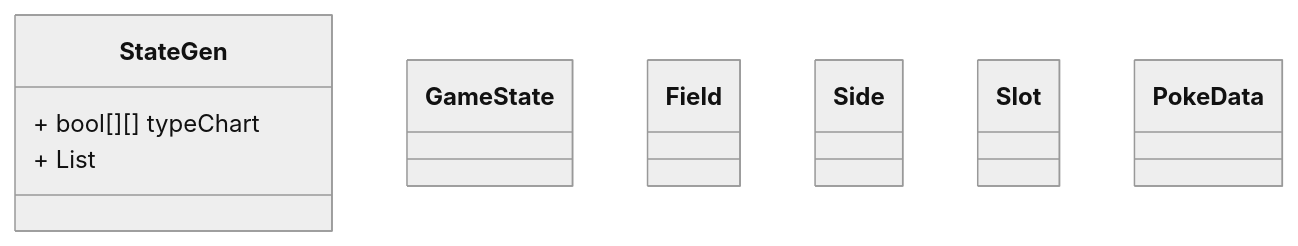
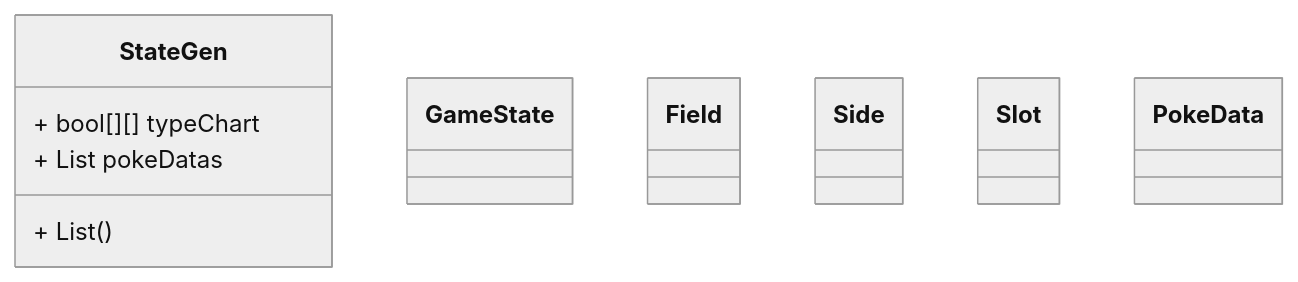
One commit to UtaSzane/iodraw-files changed the diagram in all/Untitled.md. Above: the diagram before and after it, drawn with Mermaid (neutral theme).

Commit message:
2026-06-07 23:25:44 update

````diff
--- a/all/Untitled.md
+++ b/all/Untitled.md
@@ -1,22 +1,23 @@
 ```mermaid
 classDiagram
     class StateGen {
         + bool[][] typeChart
-        + List<Typing, Stats> 
+        + List<Typing, Stats> pokeDatas
+        + List()
     }  
     class GameState {
 
     }
     class Field {
 
     }
     class Side {
 
     }
     class Slot {
 
     }
     class PokeData {
 
     }
 ```
````
